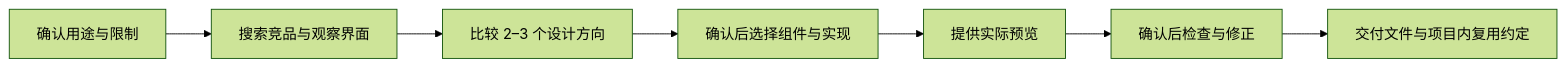
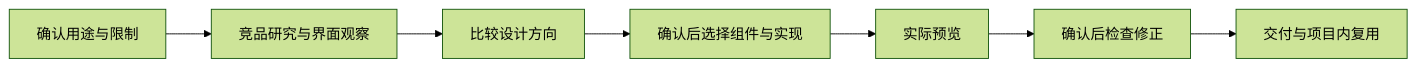
Before and after one commit to Dean202305/visual-design-skill: the diagram in README.md, drawn with Mermaid (forest theme). The commit also changed other lines of this file and 11 other files, not shown here.

````diff
--- a/README.md
+++ b/README.md
@@ -9,9 +62,9 @@
 ```mermaid
 flowchart LR
-    A[确认用途与限制] --> B[搜索竞品与观察界面]
-    B --> C[比较 2–3 个设计方向]
+    A[确认用途与限制] --> B[竞品研究与界面观察]
+    B --> C[比较设计方向]
     C --> D[确认后选择组件与实现]
-    D --> E[提供实际预览]
-    E --> F[确认后检查与修正]
-    F --> G[交付文件与项目内复用约定]
+    D --> E[实际预览]
+    E --> F[确认后检查修正]
+    F --> G[交付与项目内复用]
 ```
````
